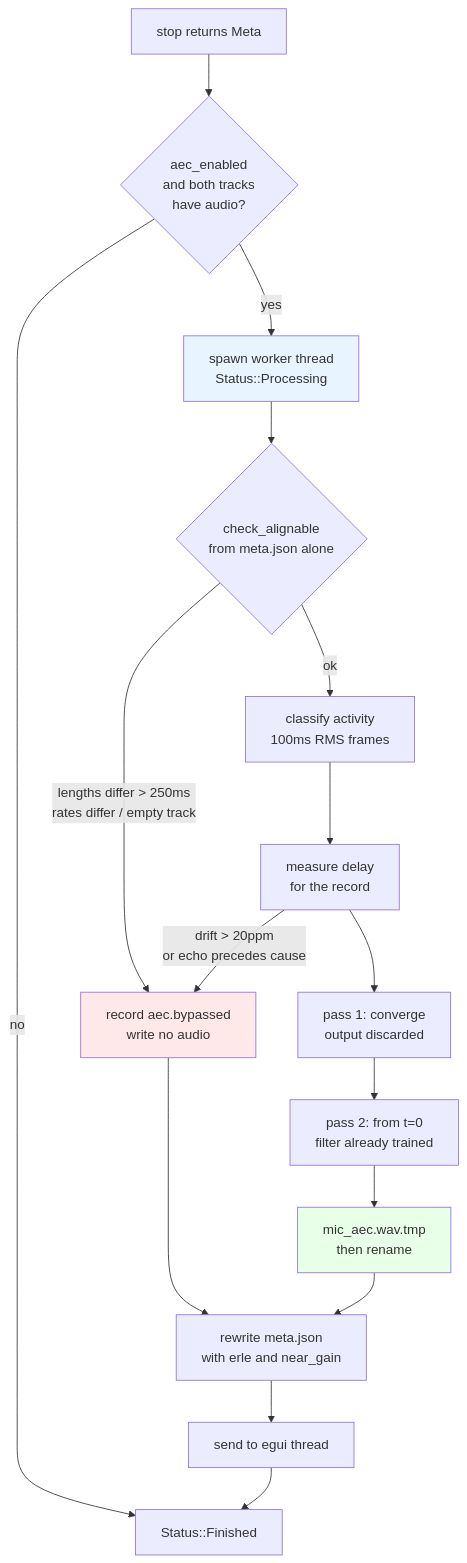
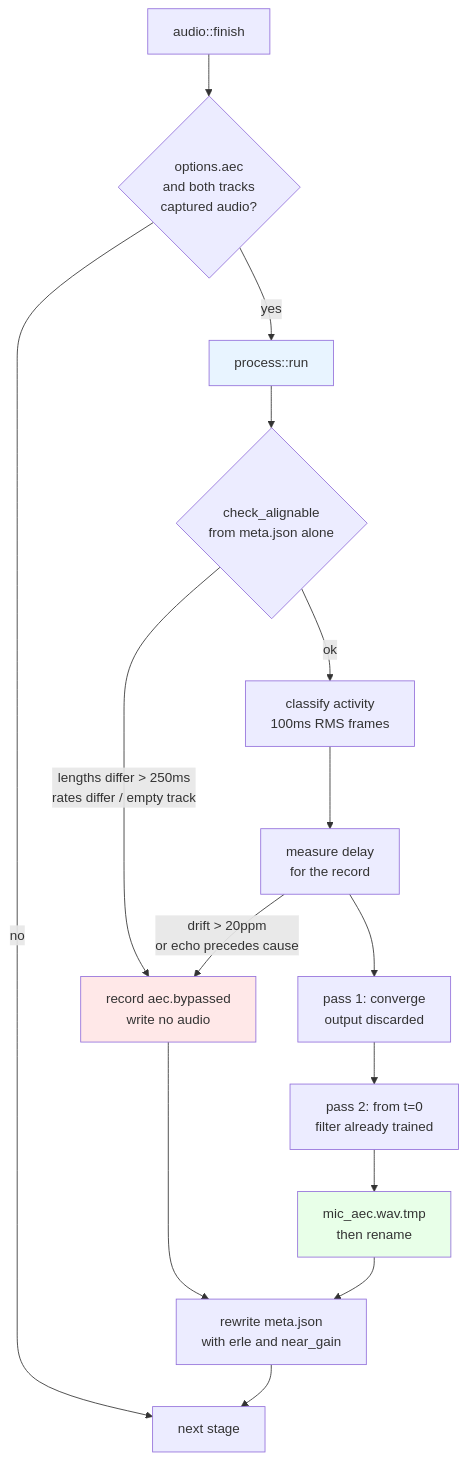
Before and after one commit to nfishel48/Jotter: the seventh of 9 diagrams in docs/ARCHITECTURE.md, drawn with Mermaid. The commit also changed other lines of this file and 80 other files, not shown here.

````diff
--- a/docs/ARCHITECTURE.md
+++ b/docs/ARCHITECTURE.md
@@ -308,22 +360,21 @@
 ```mermaid
 flowchart TB
-    S[stop returns Meta] --> G{aec_enabled<br/>and both tracks<br/>have audio?}
-    G -- no --> F[Status::Finished]
-    G -- yes --> T[spawn worker thread<br/>Status::Processing]
+    S[audio::finish] --> G{options.aec<br/>and both tracks<br/>captured audio?}
+    G -- no --> F[next stage]
+    G -- yes --> T[process::run]
     T --> A{check_alignable<br/>from meta.json alone}
     A -- "lengths differ > 250ms<br/>rates differ / empty track" --> B[record aec.bypassed<br/>write no audio]
     A -- ok --> C[classify activity<br/>100ms RMS frames]
     C --> D[measure delay<br/>for the record]
     D -- "drift > 20ppm<br/>or echo precedes cause" --> B
     D --> P1[pass 1: converge<br/>output discarded]
     P1 --> P2[pass 2: from t=0<br/>filter already trained]
     P2 --> W[mic_aec.wav.tmp<br/>then rename]
     W --> M[rewrite meta.json<br/>with erle and near_gain]
     B --> M
-    M --> R[send to egui thread]
-    R --> F
+    M --> F
 
     style T fill:#e8f4ff
     style B fill:#ffe8e8
     style W fill:#e8ffe8
 ```
````
